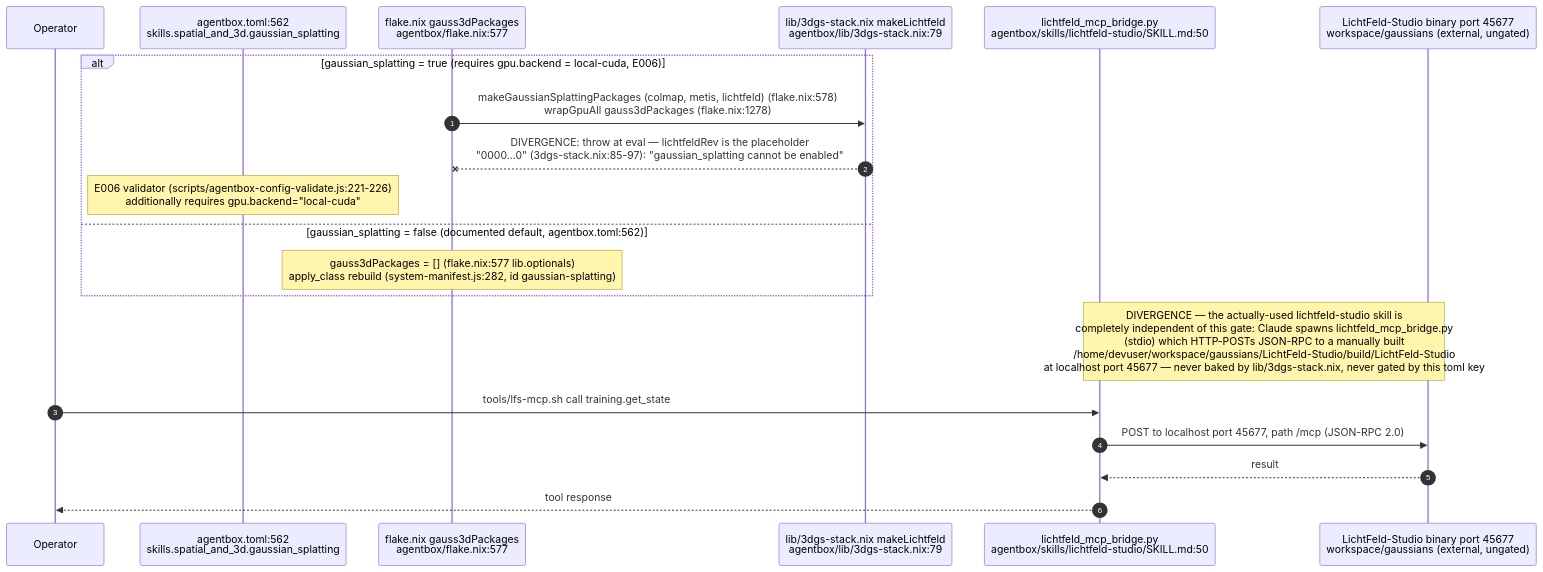
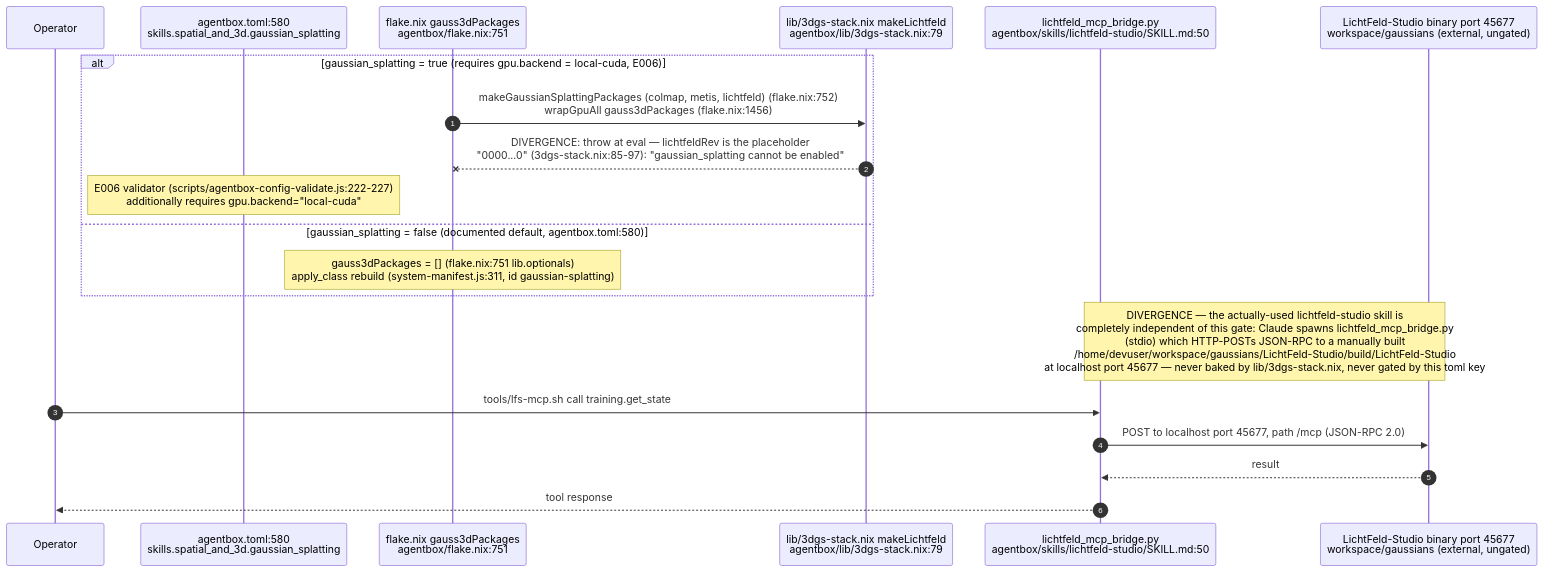
One commit to DreamLab-AI/VisionFlow changed the ninth of 13 diagrams in docs/diagrams/agentbox/27-media-gpu-capability-services.md. Above: the diagram before and after it, drawn with Mermaid. The commit also changed other lines of this file and 111 other files, not shown here.

Commit message:
docs(diagrams): align estate maps with current source

````diff
--- a/docs/diagrams/agentbox/27-media-gpu-capability-services.md
+++ b/docs/diagrams/agentbox/27-media-gpu-capability-services.md
@@ -291,23 +291,23 @@
 ```mermaid
 sequenceDiagram
     autonumber
     participant Op as Operator
-    participant Toml as agentbox.toml:562<br/>skills.spatial_and_3d.gaussian_splatting
-    participant Flake as flake.nix gauss3dPackages<br/>agentbox/flake.nix:577
+    participant Toml as agentbox.toml:580<br/>skills.spatial_and_3d.gaussian_splatting
+    participant Flake as flake.nix gauss3dPackages<br/>agentbox/flake.nix:751
     participant Nix3dgs as lib/3dgs-stack.nix makeLichtfeld<br/>agentbox/lib/3dgs-stack.nix:79
     participant Bridge as lichtfeld_mcp_bridge.py<br/>agentbox/skills/lichtfeld-studio/SKILL.md:50
     participant LFS as LichtFeld-Studio binary port 45677<br/>workspace/gaussians (external, ungated)
 
     alt gaussian_splatting = true (requires gpu.backend = local-cuda, E006)
-        Flake->>Nix3dgs: makeGaussianSplattingPackages (colmap, metis, lichtfeld) (flake.nix:578)<br/>wrapGpuAll gauss3dPackages (flake.nix:1278)
+        Flake->>Nix3dgs: makeGaussianSplattingPackages (colmap, metis, lichtfeld) (flake.nix:752)<br/>wrapGpuAll gauss3dPackages (flake.nix:1456)
         Nix3dgs--xFlake: DIVERGENCE: throw at eval — lichtfeldRev is the placeholder<br/>"0000...0" (3dgs-stack.nix:85-97): "gaussian_splatting cannot be enabled"
-        Note over Toml: E006 validator (scripts/agentbox-config-validate.js:221-226)<br/>additionally requires gpu.backend="local-cuda"
-    else gaussian_splatting = false (documented default, agentbox.toml:562)
-        Note over Flake: gauss3dPackages = [] (flake.nix:577 lib.optionals)<br/>apply_class rebuild (system-manifest.js:282, id gaussian-splatting)
+        Note over Toml: E006 validator (scripts/agentbox-config-validate.js:222-227)<br/>additionally requires gpu.backend="local-cuda"
+    else gaussian_splatting = false (documented default, agentbox.toml:580)
+        Note over Flake: gauss3dPackages = [] (flake.nix:751 lib.optionals)<br/>apply_class rebuild (system-manifest.js:311, id gaussian-splatting)
     end
     Note over Bridge,LFS: DIVERGENCE — the actually-used lichtfeld-studio skill is<br/>completely independent of this gate: Claude spawns lichtfeld_mcp_bridge.py<br/>(stdio) which HTTP-POSTs JSON-RPC to a manually built<br/>/home/devuser/workspace/gaussians/LichtFeld-Studio/build/LichtFeld-Studio<br/>at localhost port 45677 — never baked by lib/3dgs-stack.nix, never gated by this toml key
     Op->>Bridge: tools/lfs-mcp.sh call training.get_state
     Bridge->>LFS: POST to localhost port 45677, path /mcp (JSON-RPC 2.0)
     LFS-->>Bridge: result
     Bridge-->>Op: tool response
 ```
````
